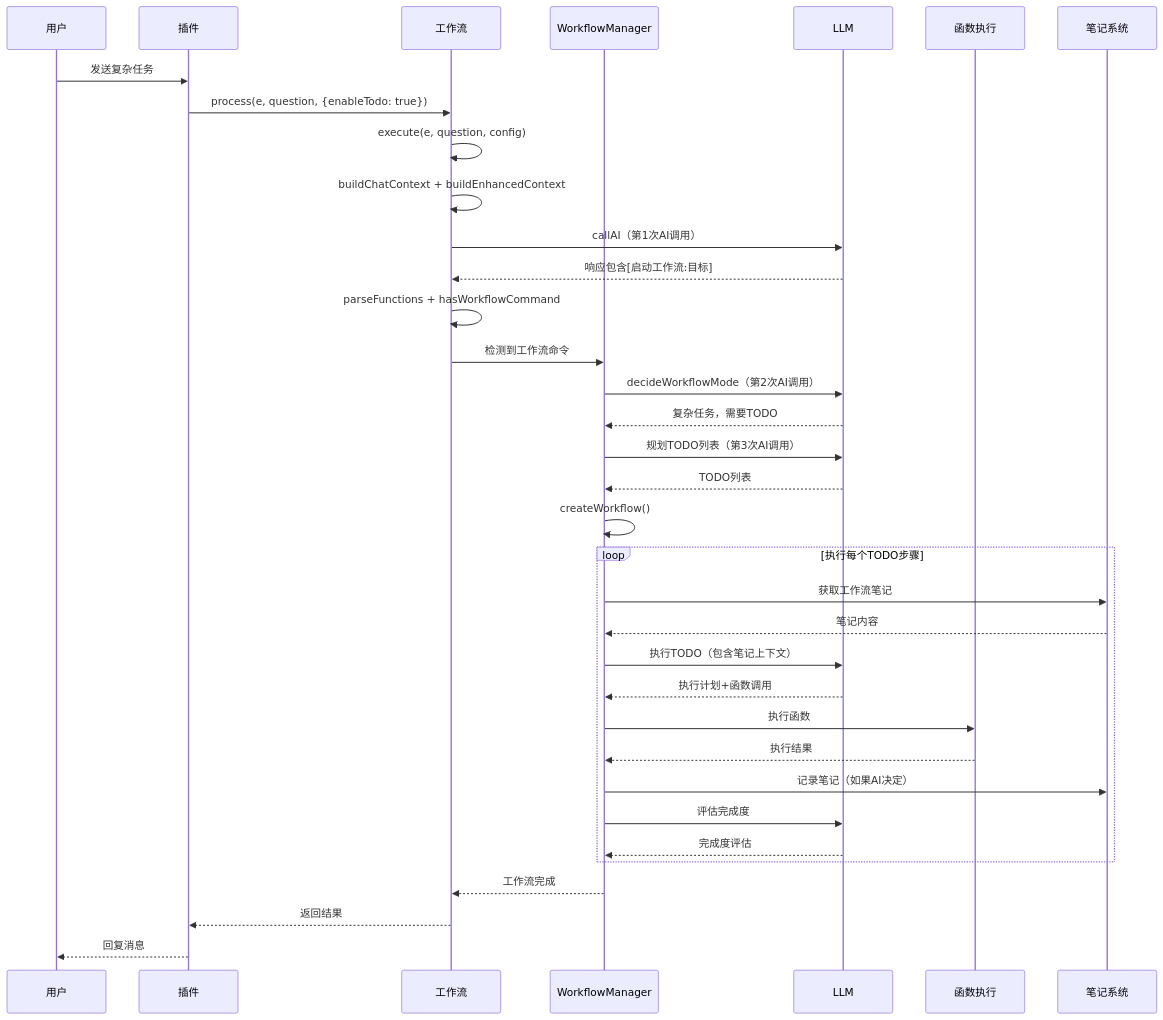
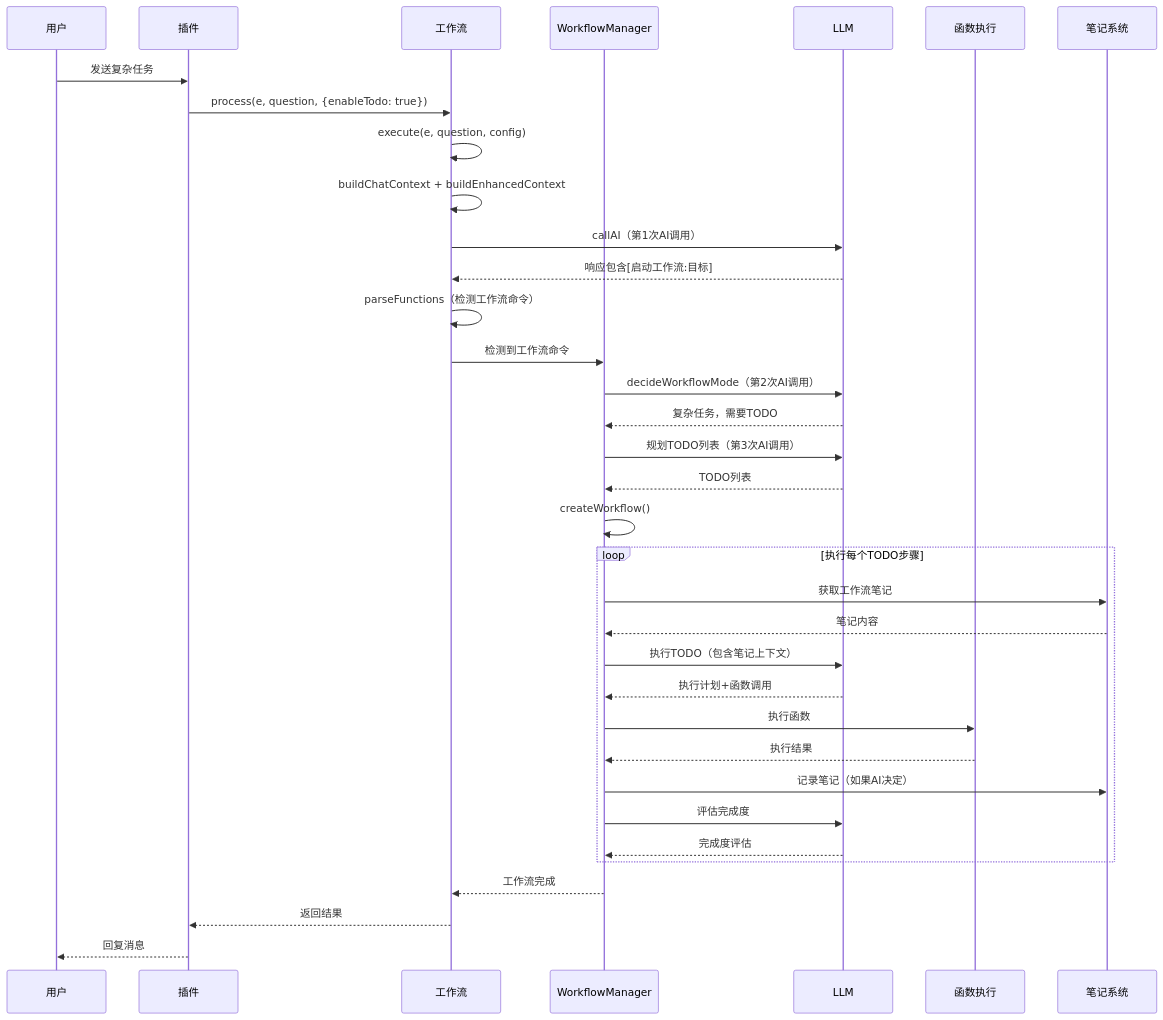
Before and after one commit to sunflowermm/XRK-AGT: the diagram in docs/workflow-complex-task-example.md, drawn with Mermaid. The commit also changed 64 other files, not shown here.

````diff
--- a/docs/workflow-complex-task-example.md
+++ b/docs/workflow-complex-task-example.md
@@ -38,40 +38,40 @@
 ```mermaid
 sequenceDiagram
     participant User as 用户
     participant Plugin as 插件
     participant Stream as 工作流
     participant Manager as WorkflowManager
     participant LLM as LLM
     participant Func as 函数执行
     participant Notes as 笔记系统
     
     User->>Plugin: 发送复杂任务
     Plugin->>Stream: process(e, question, {enableTodo: true})
     Stream->>Stream: execute(e, question, config)
     Stream->>Stream: buildChatContext + buildEnhancedContext
     Stream->>LLM: callAI（第1次AI调用）
     LLM-->>Stream: 响应包含[启动工作流:目标]
-    Stream->>Stream: parseFunctions + hasWorkflowCommand
+    Stream->>Stream: parseFunctions（检测工作流命令）
     Stream->>Manager: 检测到工作流命令
     Manager->>LLM: decideWorkflowMode（第2次AI调用）
     LLM-->>Manager: 复杂任务，需要TODO
     Manager->>LLM: 规划TODO列表（第3次AI调用）
     LLM-->>Manager: TODO列表
     Manager->>Manager: createWorkflow()
     
     loop 执行每个TODO步骤
         Manager->>Notes: 获取工作流笔记
         Notes-->>Manager: 笔记内容
         Manager->>LLM: 执行TODO（包含笔记上下文）
         LLM-->>Manager: 执行计划+函数调用
         Manager->>Func: 执行函数
         Func-->>Manager: 执行结果
         Manager->>Notes: 记录笔记（如果AI决定）
         Manager->>LLM: 评估完成度
         LLM-->>Manager: 完成度评估
     end
     
     Manager-->>Stream: 工作流完成
     Stream-->>Plugin: 返回结果
     Plugin-->>User: 回复消息
 ```
````
